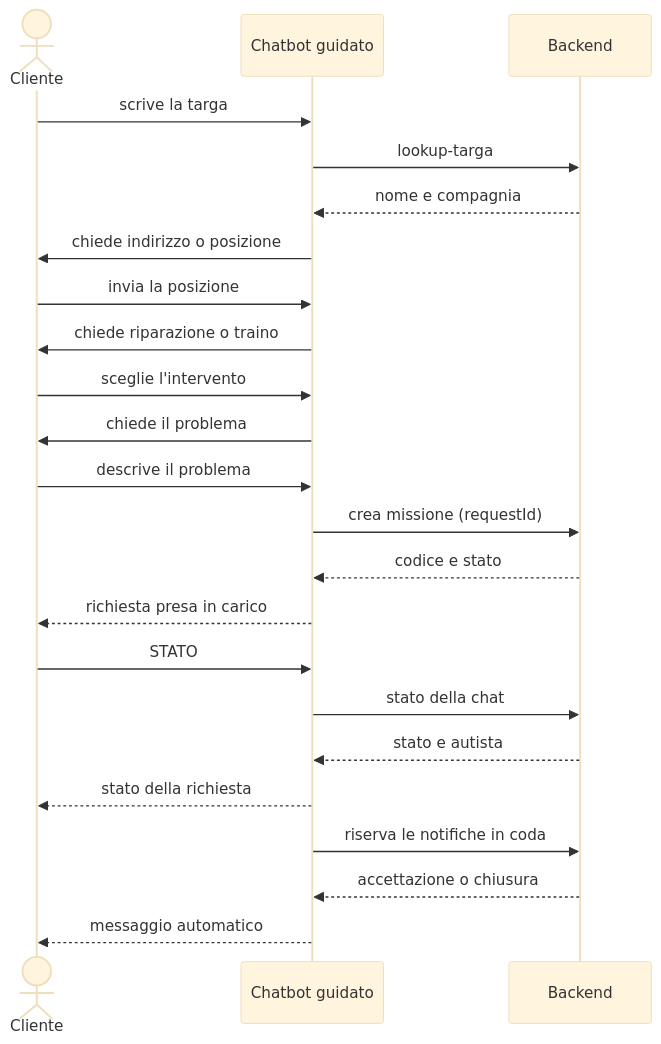
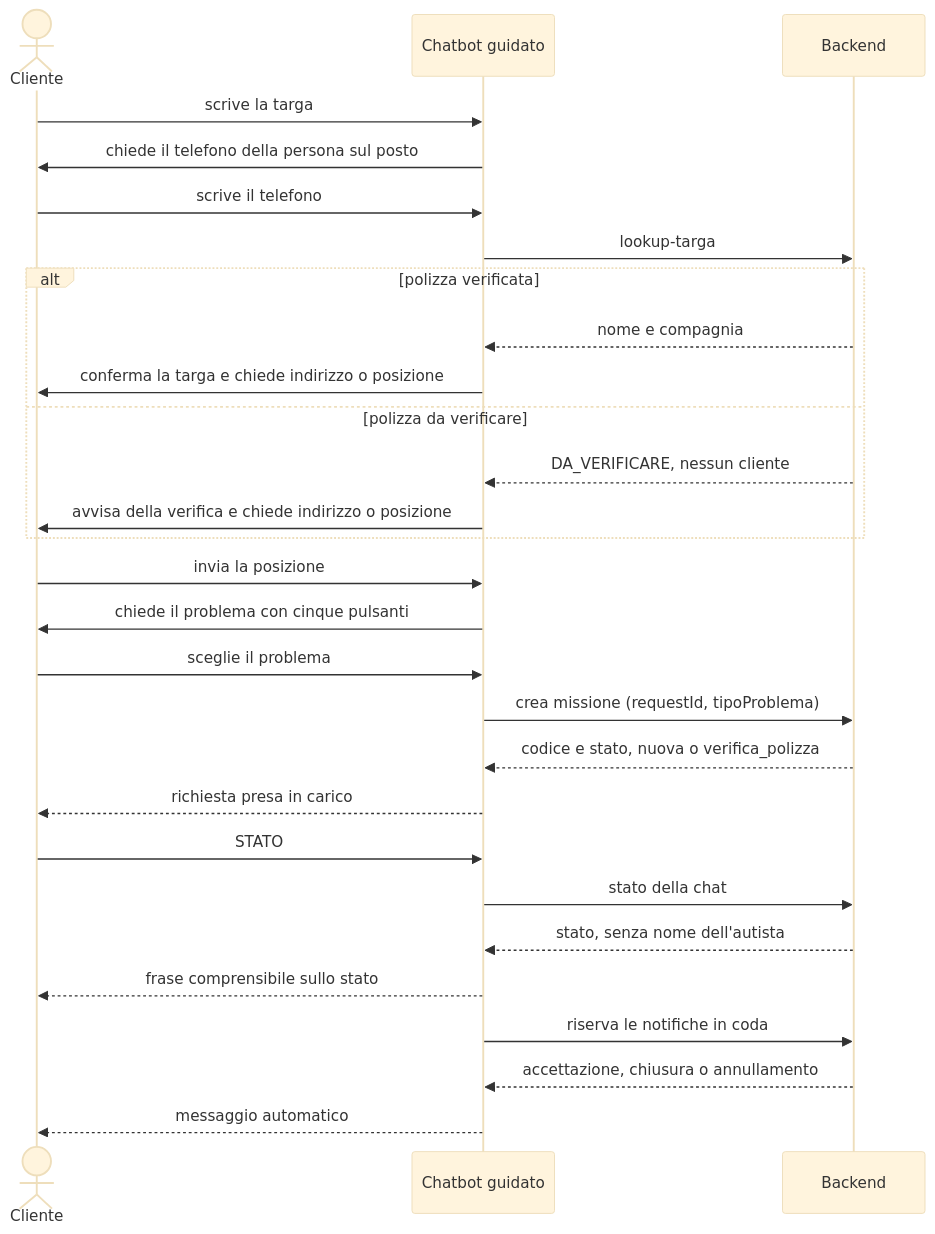
Before and after one commit to coluccimarco/fornitori-soccorso: the diagram in docs/diagrams/chatbot_sequence.mmd, drawn with Mermaid (base theme). The commit also changed 54 other files, not shown here.

```diff
--- a/docs/diagrams/chatbot_sequence.mmd
+++ b/docs/diagrams/chatbot_sequence.mmd
@@ -1,24 +1,29 @@
-%% FORNITORI | v2.0 | 04/11/2026 | Marco Colucci
+%% FORNITORI | v2.1 | 05/11/2026 | Marco Colucci
 sequenceDiagram
     actor Cliente
     participant Bot as Chatbot guidato
     participant API as Backend
     Cliente->>Bot: scrive la targa
+    Bot->>Cliente: chiede il telefono della persona sul posto
+    Cliente->>Bot: scrive il telefono
     Bot->>API: lookup-targa
-    API-->>Bot: nome e compagnia
-    Bot->>Cliente: chiede indirizzo o posizione
+    alt polizza verificata
+        API-->>Bot: nome e compagnia
+        Bot->>Cliente: conferma la targa e chiede indirizzo o posizione
+    else polizza da verificare
+        API-->>Bot: DA_VERIFICARE, nessun cliente
+        Bot->>Cliente: avvisa della verifica e chiede indirizzo o posizione
+    end
     Cliente->>Bot: invia la posizione
-    Bot->>Cliente: chiede riparazione o traino
-    Cliente->>Bot: sceglie l'intervento
-    Bot->>Cliente: chiede il problema
-    Cliente->>Bot: descrive il problema
-    Bot->>API: crea missione (requestId)
-    API-->>Bot: codice e stato
+    Bot->>Cliente: chiede il problema con cinque pulsanti
+    Cliente->>Bot: sceglie il problema
+    Bot->>API: crea missione (requestId, tipoProblema)
+    API-->>Bot: codice e stato, nuova o verifica_polizza
     Bot-->>Cliente: richiesta presa in carico
     Cliente->>Bot: STATO
     Bot->>API: stato della chat
-    API-->>Bot: stato e autista
-    Bot-->>Cliente: stato della richiesta
+    API-->>Bot: stato, senza nome dell'autista
+    Bot-->>Cliente: frase comprensibile sullo stato
     Bot->>API: riserva le notifiche in coda
-    API-->>Bot: accettazione o chiusura
+    API-->>Bot: accettazione, chiusura o annullamento
     Bot-->>Cliente: messaggio automatico
```
